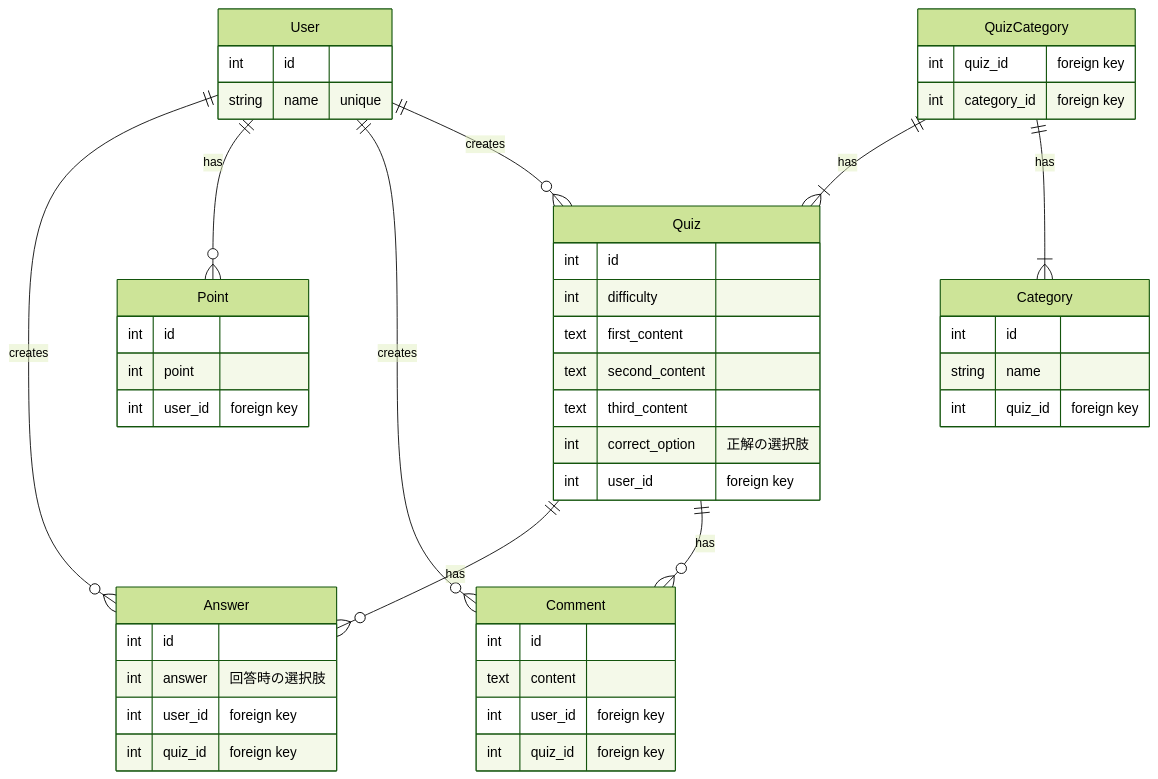
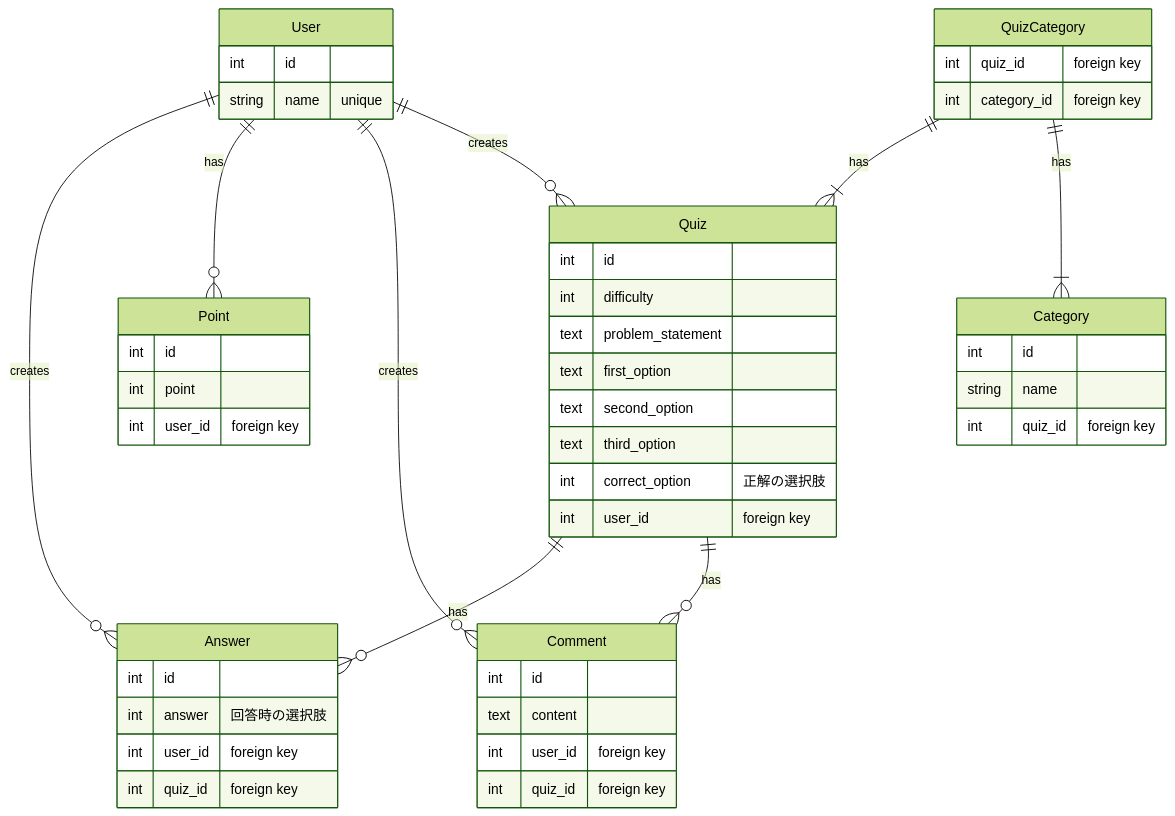
Before and after one commit to peterdo415/original_product: the diagram in Documents/table.md, drawn with Mermaid (forest theme).

Commit message:
テーブル修正

````diff
--- a/Documents/table.md
+++ b/Documents/table.md
@@ -1,60 +1,61 @@
 ```mermaid
 erDiagram
   User ||--o{ Answer : creates
   User ||--o{ Point : has
   User ||--o{ Comment : creates
   User ||--o{ Quiz : creates
 
   Quiz ||--o{ Answer : has
   Quiz ||--o{ Comment : has
 
   QuizCategory ||--|{ Quiz :has
   QuizCategory ||--|{ Category : has
 
   User {
     int id
     string name "unique"
   }
 
   Quiz {
     int id
     int difficulty
-    text first_content
-    text second_content
-    text third_content
+    text problem_statement
+    text first_option
+    text second_option
+    text third_option
     int correct_option "正解の選択肢"
     int user_id "foreign key"
   }
 
   Answer {
     int id
     int answer "回答時の選択肢"
     int user_id "foreign key"
     int quiz_id "foreign key"
   }
 
   Point {
     int id
     int point
     int user_id "foreign key"
   }
 
   Comment {
     int id
     text content
     int user_id "foreign key"
     int quiz_id "foreign key"
   }
 
   Category {
     int id
     string name
     int quiz_id "foreign key"
   }
 
   QuizCategory {
     int quiz_id "foreign key"
     int category_id "foreign key"
 
   }
 ```
````
